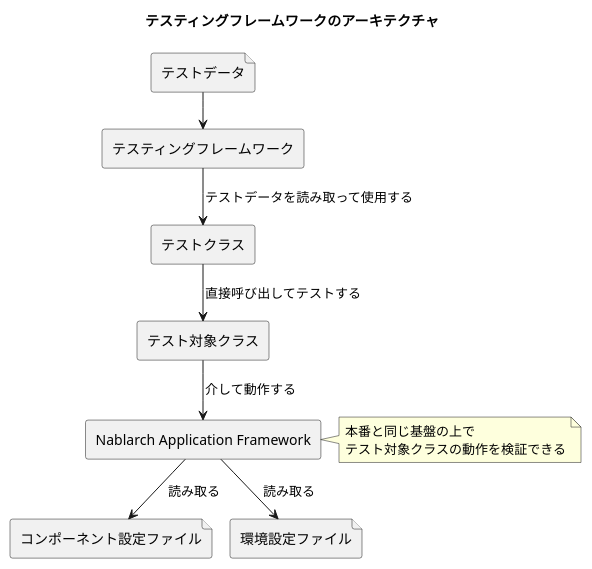
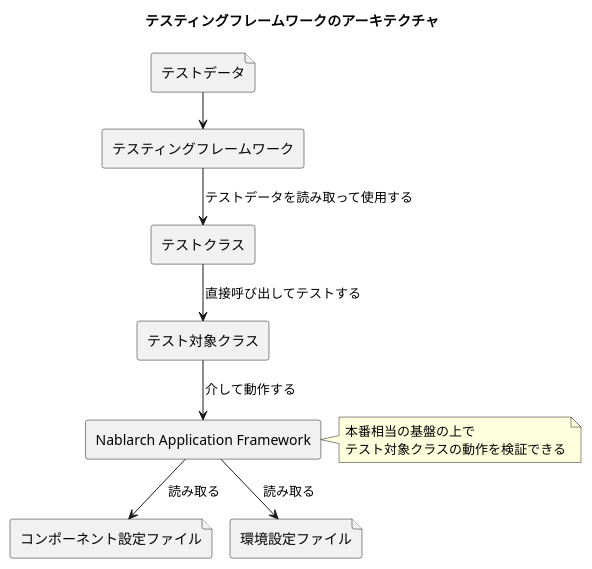
One commit to nablarch/nablarch-document changed the diagram in ja/development_tools/testing_framework/about/images/index/architecture_components.puml. Above: the diagram before and after it, drawn with PlantUML. The commit also changed 1 other file, not shown here.

Commit message:
docs(#48): 是正(j) — 図1の注記を本文の語「本番相当」に改め png を再生成
指示書 §13（c98d887c）の (j)。architecture_components.puml の
note を「本番と同じ基盤の上で」から「本番相当の基盤の上で」に改めた。
本文 about/index.rst:106 の語が「本番相当の基盤の上でテスト対象クラスの
動作を検証できる」であり、図は本文の語で構成する規則（指示書 §3）による。
png は指示書 §5 のコマンドで再生成し、再実行との cmp 一致・
豆腐なし・577x538（サイズ変化なし）を実測した。

```diff
--- a/ja/development_tools/testing_framework/about/images/index/architecture_components.puml
+++ b/ja/development_tools/testing_framework/about/images/index/architecture_components.puml
@@ -1,23 +1,23 @@
 @startuml
 !pragma layout smetana
 skinparam shadowing false
 skinparam defaultFontName "Noto Sans JP"
 title テスティングフレームワークのアーキテクチャ
 file "テストデータ" as TD
 rectangle "テスティングフレームワーク" as FW
 rectangle "テストクラス" as TC
 rectangle "テスト対象クラス" as TG
 rectangle "Nablarch Application Framework" as NAF
 file "コンポーネント設定ファイル" as CONF
 file "環境設定ファイル" as ENV
 TD --> FW
 FW --> TC : テストデータを読み取って使用する
 TC --> TG : 直接呼び出してテストする
 TG --> NAF : 介して動作する
 NAF --> CONF : 読み取る
 NAF --> ENV : 読み取る
 note right of NAF
-  本番と同じ基盤の上で
+  本番相当の基盤の上で
   テスト対象クラスの動作を検証できる
 end note
 @enduml
```
